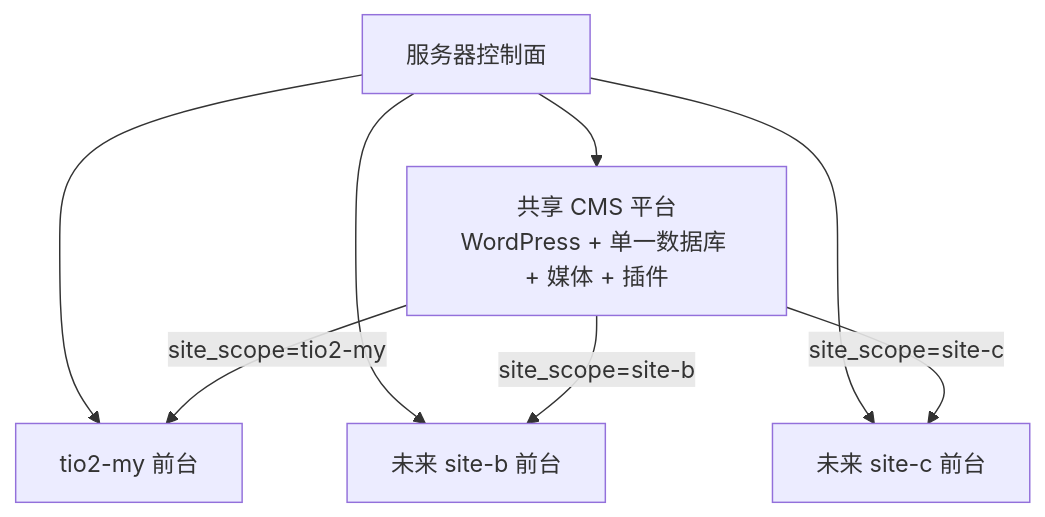
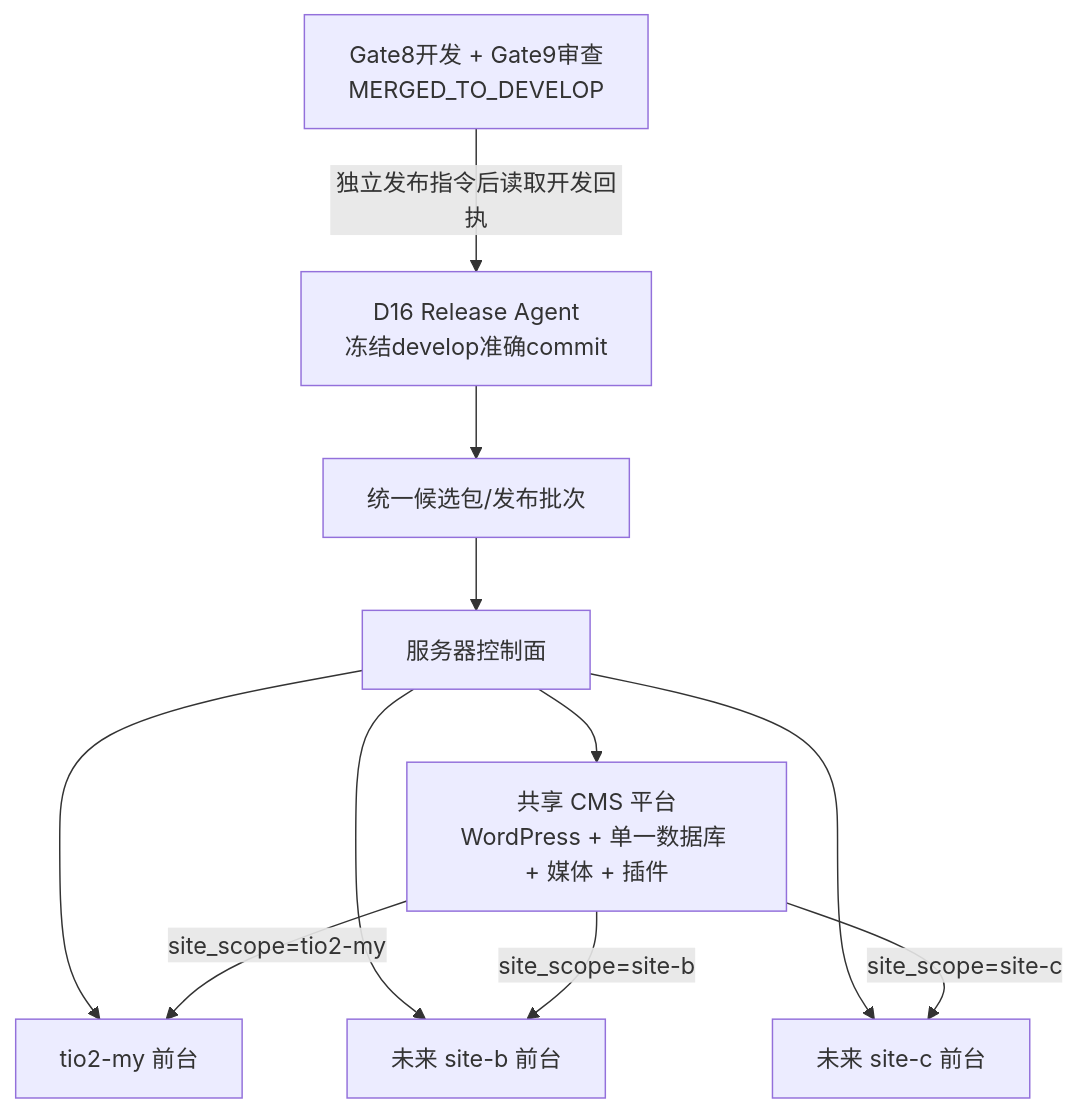
One commit to longestGj/tio2-wordpress-nextjs changed the diagram in docs/superpowers/specs/2026-09-12-multisite-production-release-architecture-design.md. Above: the diagram before and after it, drawn with Mermaid. The commit also changed other lines of this file and 1 other file, not shown here.

Commit message:
docs(release): define five-type release system

````diff
--- a/docs/superpowers/specs/2026-09-12-multisite-production-release-architecture-design.md
+++ b/docs/superpowers/specs/2026-09-12-multisite-production-release-architecture-design.md
@@ -59,16 +63,22 @@
 ```mermaid
 flowchart TB
+    Dev[Gate8开发 + Gate9审查<br/>MERGED_TO_DEVELOP]
+    Release[D16 Release Agent<br/>冻结develop准确commit]
+    Package[统一候选包/发布批次]
     Host[服务器控制面]
     CMS[共享 CMS 平台<br/>WordPress + 单一数据库 + 媒体 + 插件]
     A[tio2-my 前台]
     B[未来 site-b 前台]
     C[未来 site-c 前台]
 
+    Dev -->|独立发布指令后读取开发回执| Release
+    Release --> Package
+    Package --> Host
     Host --> CMS
     Host --> A
     Host --> B
     Host --> C
     CMS -->|site_scope=tio2-my| A
     CMS -->|site_scope=site-b| B
     CMS -->|site_scope=site-c| C
 ```
````
